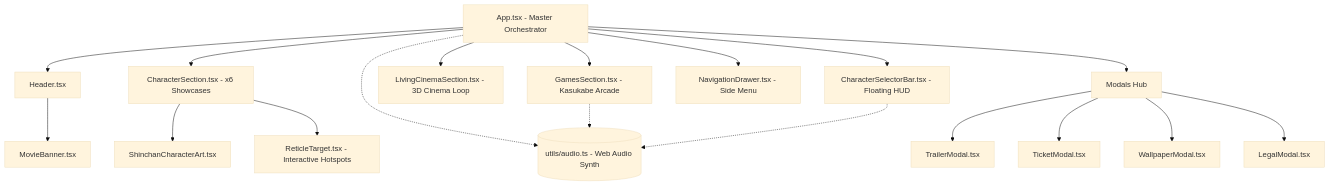
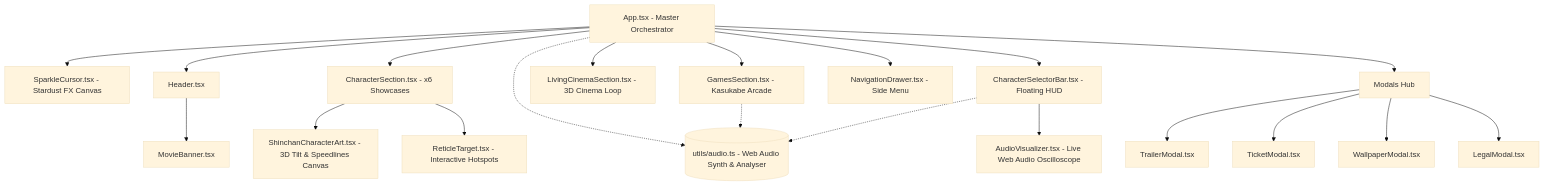
Before and after one commit to Legend2006H/Crayon-Shin-chan-3D-The-Movie-Official-Web-Experience: the diagram in docs/ARCHITECTURE.md, drawn with Mermaid (base theme). The commit also changed 9 other files, not shown here.

Commit message:
feat(ui): add 3D character tilt, manga speedlines, comic onomatopoeia balloons, CRT arcade shader, and audio visualizer

````diff
--- a/docs/ARCHITECTURE.md
+++ b/docs/ARCHITECTURE.md
@@ -10,24 +10,27 @@
 ```mermaid
 graph TD
-    App[App.tsx - Master Orchestrator] --> Header[Header.tsx]
+    App[App.tsx - Master Orchestrator] --> Sparkles[SparkleCursor.tsx - Stardust FX Canvas]
+    App --> Header[Header.tsx]
     App --> CharShowcases[CharacterSection.tsx - x6 Showcases]
     App --> KasukabeArcade[GamesSection.tsx - Kasukabe Arcade]
     App --> LivingCinema[LivingCinemaSection.tsx - 3D Cinema Loop]
     App --> CharSelector[CharacterSelectorBar.tsx - Floating HUD]
     App --> NavDrawer[NavigationDrawer.tsx - Side Menu]
     App --> Modals[Modals Hub]
 
     Header --> MovieBanner[MovieBanner.tsx]
 
-    CharShowcases --> CharArt[ShinchanCharacterArt.tsx]
+    CharShowcases --> CharArt[ShinchanCharacterArt.tsx - 3D Tilt & Speedlines Canvas]
     CharShowcases --> Reticles[ReticleTarget.tsx - Interactive Hotspots]
+
+    CharSelector --> AudioVis[AudioVisualizer.tsx - Live Web Audio Oscilloscope]
 
     Modals --> TrailerModal[TrailerModal.tsx]
     Modals --> TicketModal[TicketModal.tsx]
     Modals --> WallpaperModal[WallpaperModal.tsx]
     Modals --> LegalModal[LegalModal.tsx]
 
-    App -.-> AudioEngine[(utils/audio.ts - Web Audio Synth)]
+    App -.-> AudioEngine[(utils/audio.ts - Web Audio Synth & Analyser)]
     KasukabeArcade -.-> AudioEngine
     CharSelector -.-> AudioEngine
 ```
````
